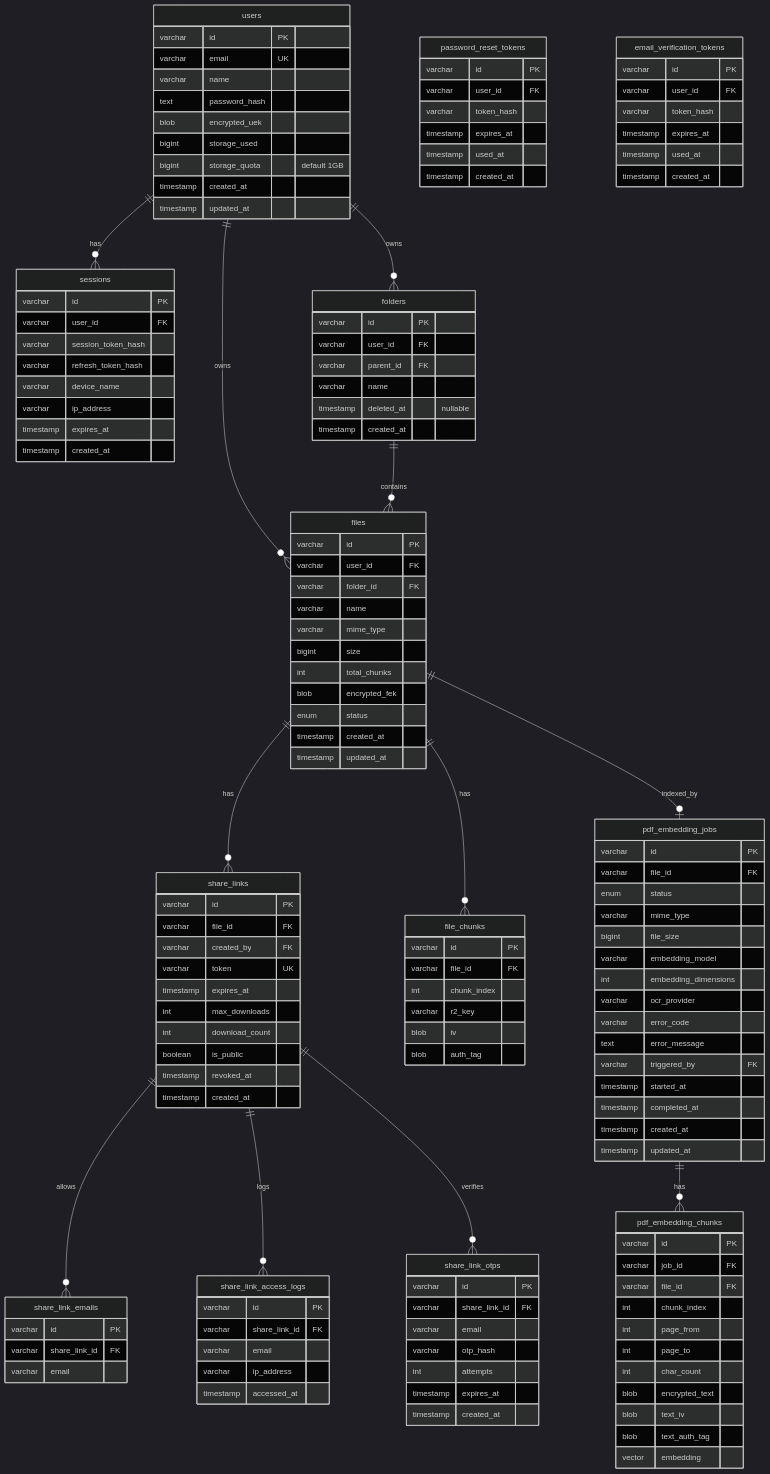
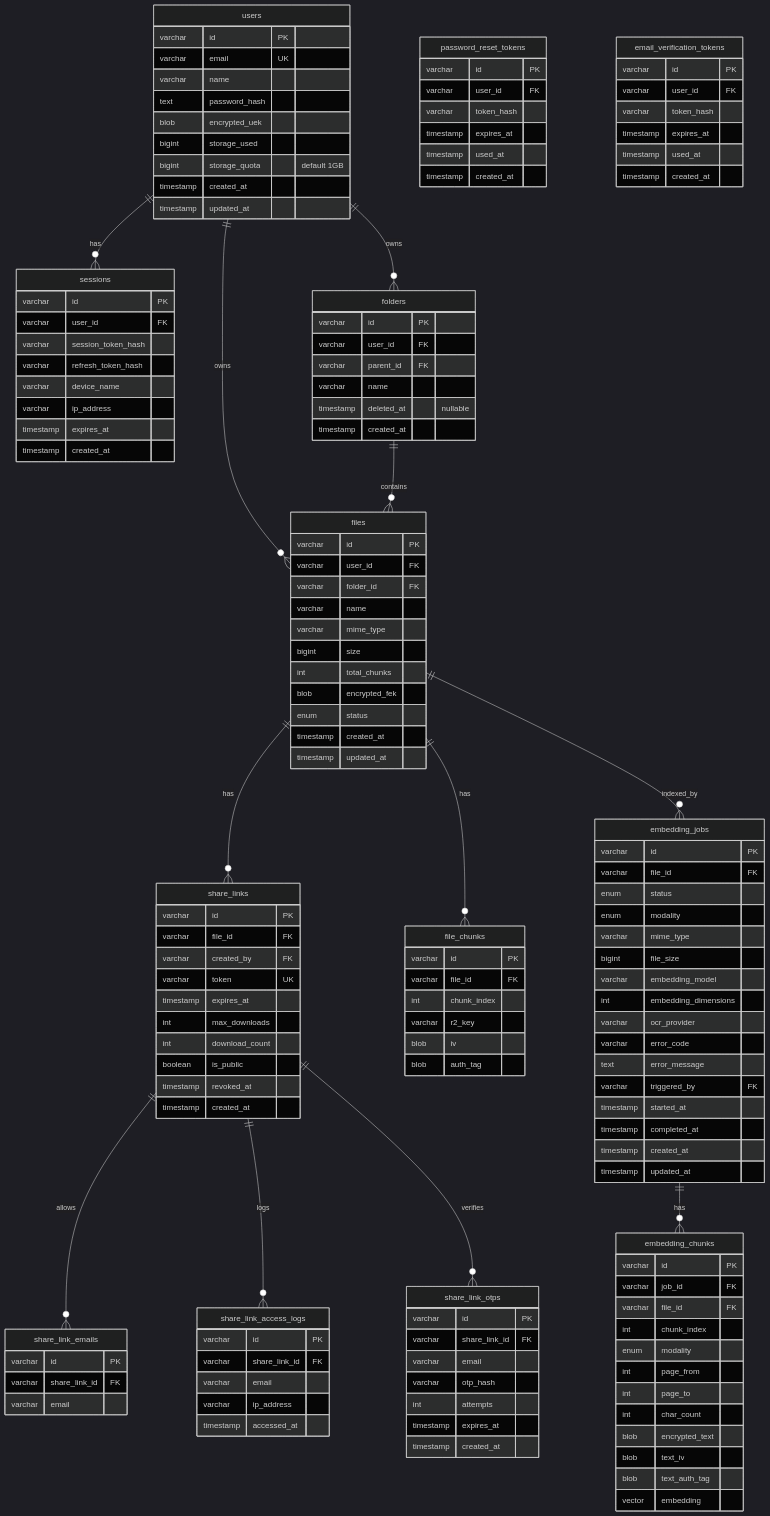
Before and after one commit to MariaDB-Hackathon-MY-2026/securevault: the eighth of 15 diagrams in implementation_plan.md, drawn with Mermaid (dark theme). The commit also changed other lines of this file and 35 other files, not shown here.

```diff
--- a/implementation_plan.md
+++ b/implementation_plan.md
@@ -474,8 +474,8 @@
     share_links ||--o{ share_link_otps : verifies
     folders ||--o{ files : contains
     files ||--o{ file_chunks : has
-    files ||--o| pdf_embedding_jobs : indexed_by
-    pdf_embedding_jobs ||--o{ pdf_embedding_chunks : has
+    files ||--o{ embedding_jobs : indexed_by
+    embedding_jobs ||--o{ embedding_chunks : has
 
     users {
         varchar id PK
@@ -532,10 +532,11 @@
         blob auth_tag
     }
 
-    pdf_embedding_jobs {
+    embedding_jobs {
         varchar id PK
         varchar file_id FK
         enum status
+        enum modality
         varchar mime_type
         bigint file_size
         varchar embedding_model
@@ -550,11 +551,12 @@
         timestamp updated_at
     }
 
-    pdf_embedding_chunks {
+    embedding_chunks {
         varchar id PK
         varchar job_id FK
         varchar file_id FK
         int chunk_index
+        enum modality
         int page_from
         int page_to
         int char_count
```
